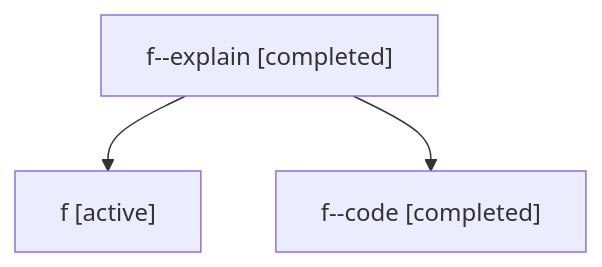
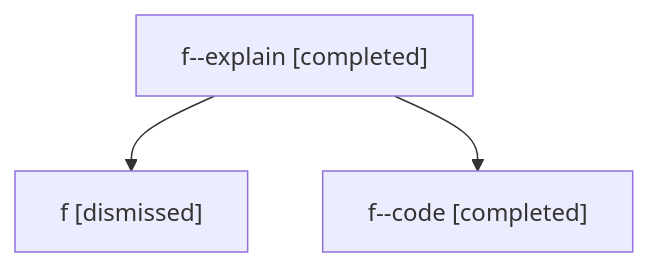
Before and after one commit to sase-org/sase--agents: the diagram in sessions/bbugyi200.athena.f.md, drawn with Mermaid. The commit also changed other lines of this file and 30 other files, not shown here.

````diff
--- a/sessions/bbugyi200.athena.f.md
+++ b/sessions/bbugyi200.athena.f.md
@@ -9,8 +9,8 @@
 ```mermaid
 flowchart TD
   n0["f--explain [completed]"]
-  n1["f [active]"]
+  n1["f [dismissed]"]
   n0 --> n1
   n2["f--code [completed]"]
   n0 --> n2
 ```
````
